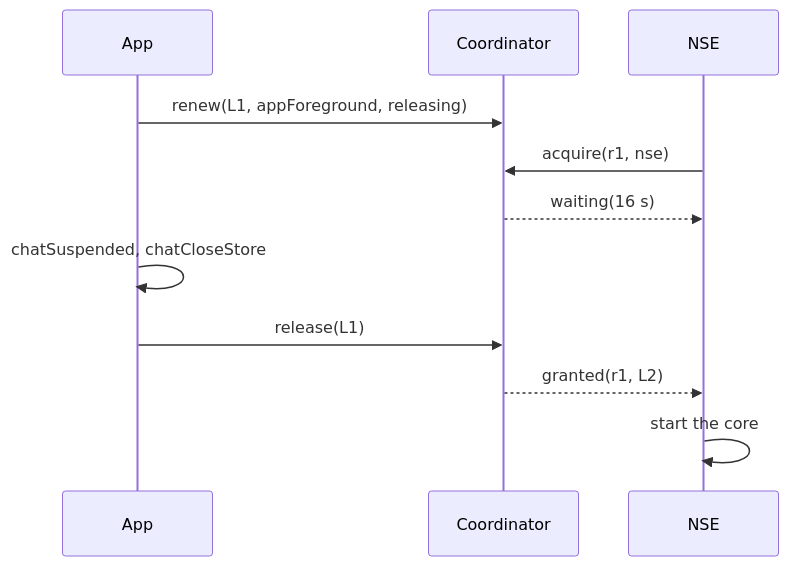
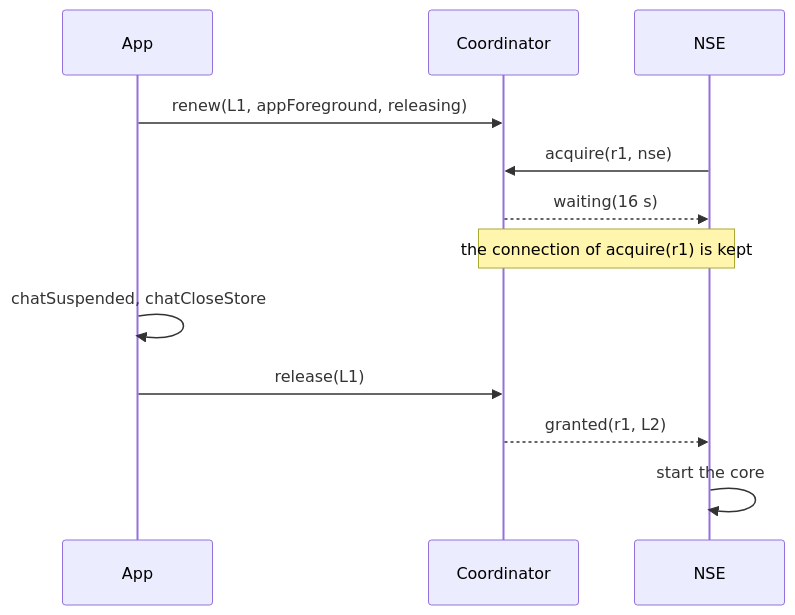
The third of 10 diagrams in plans/2026-11-22-ios-file-provider-coordinator.md (evgeny-simplex/simplex-chat), drawn with Mermaid before and after one commit. The commit also changed other lines of this file, not shown here.

Commit message:
ios: plan the waiter's connection and the lookup after install

````diff
--- a/plans/2026-11-22-ios-file-provider-coordinator.md
+++ b/plans/2026-11-22-ios-file-provider-coordinator.md
@@ -375,13 +377,14 @@
 ```mermaid
 sequenceDiagram
   participant App
   participant C as Coordinator
   participant NSE
   App->>C: renew(L1, appForeground, releasing)
   NSE->>C: acquire(r1, nse)
   C-->>NSE: waiting(16 s)
+  Note over C,NSE: the connection of acquire(r1) is kept
   App->>App: chatSuspended, chatCloseStore
   App->>C: release(L1)
   C-->>NSE: granted(r1, L2)
   NSE->>NSE: start the core
 ```
````
